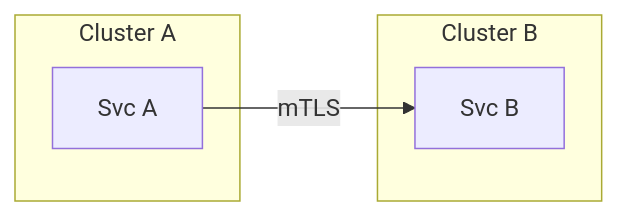
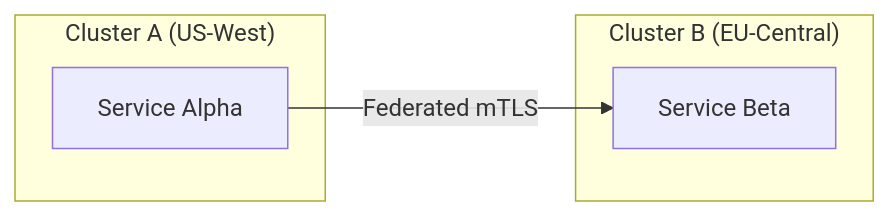
The fifth of 30 diagrams in README.md (Devopstrio/hybrid-kubernetes-pattern), drawn with Mermaid before and after one commit. The commit also changed other lines of this file, not shown here.

Commit message:
docs: finalize premium institutional-grade README with 30+ diagrams and executive summary

````diff
--- a/README.md
+++ b/README.md
@@ -70,10 +108,10 @@
 ```mermaid
 graph LR
-    subgraph "Cluster A"
-        A[Svc A]
+    subgraph "Cluster A (US-West)"
+        A[Service Alpha]
     end
-    subgraph "Cluster B"
-        B[Svc B]
+    subgraph "Cluster B (EU-Central)"
+        B[Service Beta]
     end
-    A -- mTLS --> B
+    A -- Federated mTLS --> B
 ```
````
